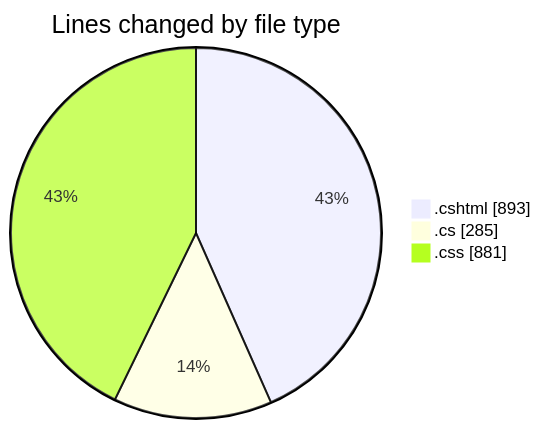
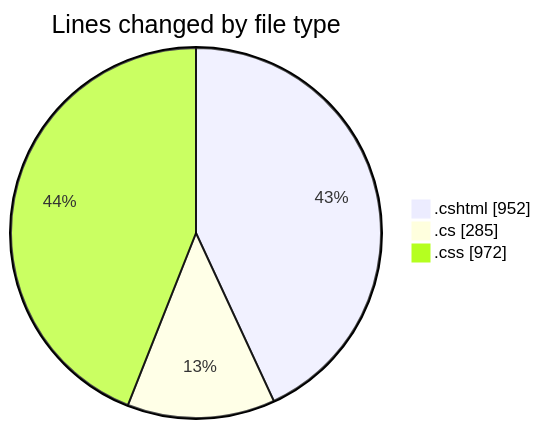
The first of 2 diagrams in 2025-07-18/nhahang/README.md (lephambinh05/code-tracking), drawn with Mermaid before and after one commit. The commit also changed other lines of this file and 1 other file, not shown here.

````diff
--- a/2025-07-18/nhahang/README.md
+++ b/2025-07-18/nhahang/README.md
@@ -37,7 +37,7 @@
 ```mermaid
 pie showData
 title Lines changed by file type
-".cshtml" : 893
+".cshtml" : 952
 ".cs" : 285
-".css" : 881
+".css" : 972
 ```
````
